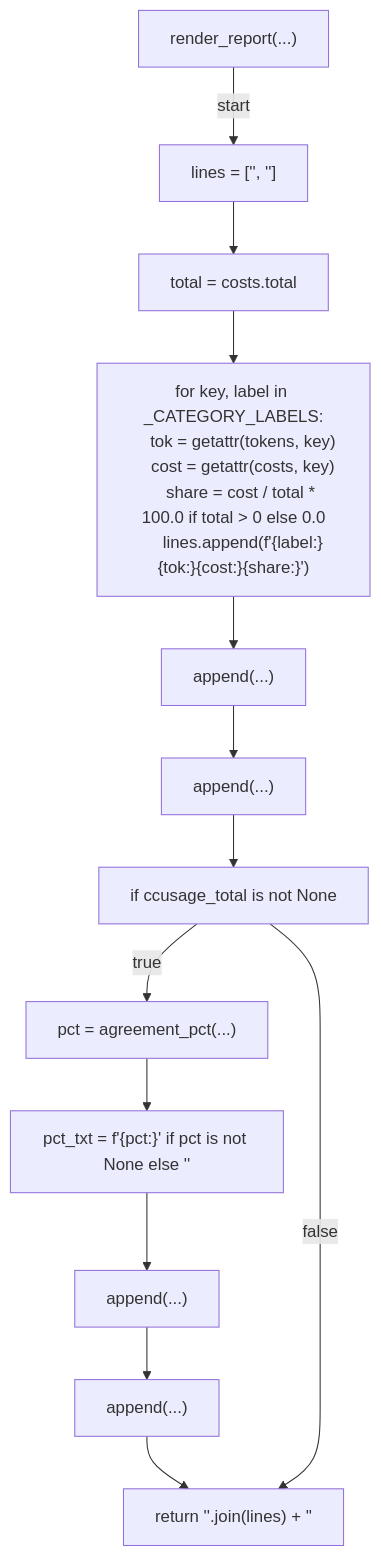
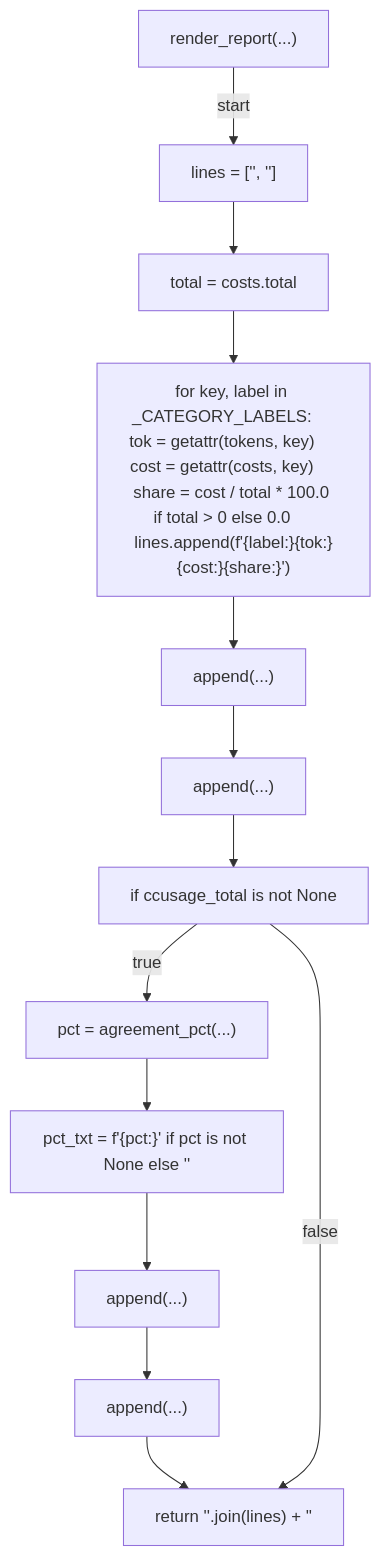
One commit to tvna/claude-md changed the tenth of 13 diagrams in docs/generated/scripts/ast/session_cost_structure.md. Above: the diagram before and after it, drawn with Mermaid. The commit also changed other lines of this file and 23 other files, not shown here.

First line of the commit message:
docs(generated): regenerate decision tree and workflow diagrams (batch 4/5)

````diff
--- a/docs/generated/scripts/ast/session_cost_structure.md
+++ b/docs/generated/scripts/ast/session_cost_structure.md
@@ -219,31 +196,27 @@
 ```mermaid
 flowchart TD
     N001["render_report(...)"]
     N002["lines = ['<str>', '<str>']"]
     N003["total = costs.total"]
-    N004["for key, label in _CATEGORY_LABELS:
-    tok = getattr(tokens, key)
-    cost = getattr(costs, key)
-    share = cost / total * 100.0 if total > 0 else 0.0
-    lines.append(f'<str>{label:<str>}<str>{tok:<str>}<str>{cost:<str>}<str>{share:<str>}<str>')"]
+    N004["for key, label in _CATEGORY_LABELS:     tok = getattr(tokens, key)     cost = getattr(costs, key)     share = cost / total * 100.0 if total > 0 else 0.0     lines.append(f'<str>{label:<str>}<str>{tok:<str>}<str>{cost:<str>}<str>{share:<str>}<str>')"]
     N005["append(...)"]
     N006["append(...)"]
     N007["if ccusage_total is not None"]
     N008["pct = agreement_pct(...)"]
     N009["pct_txt = f'{pct:<str>}<str>' if pct is not None else '<str>'"]
     N010["append(...)"]
     N011["append(...)"]
     N012["return '<str>'.join(lines) + '<str>'"]
     N001 -->|"start"| N002
     N002 --> N003
     N003 --> N004
     N004 --> N005
     N005 --> N006
     N006 --> N007
     N007 -->|"true"| N008
     N008 --> N009
     N009 --> N010
     N010 --> N011
     N011 --> N012
     N007 -->|"false"| N012
 ```
````
